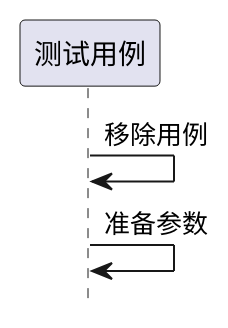
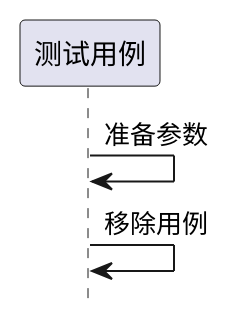
The eighth of 8 diagrams in ibizpms-docs/src/main/doc/v1/module/zentao/Case_old.md (goblinln/iBizPMS), drawn with PlantUML before and after one commit. The commit also changed other lines of this file and 230 other files, not shown here.

```diff
--- a/ibizpms-docs/src/main/doc/v1/module/zentao/Case_old.md
+++ b/ibizpms-docs/src/main/doc/v1/module/zentao/Case_old.md
@@ -394,6 +394,6 @@
 {% plantuml %}
 hide footbox
 
+测试用例 -> 测试用例: 准备参数
 测试用例 -> 测试用例: 移除用例
-测试用例 -> 测试用例: 准备参数
 {% endplantuml %}
```
